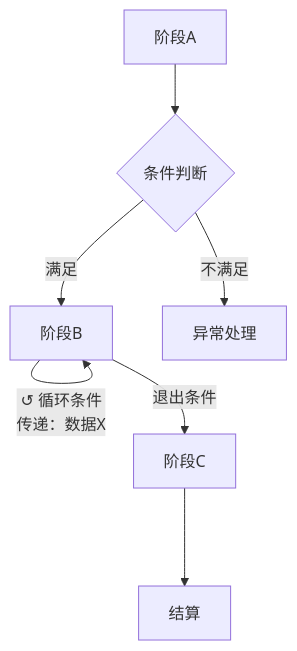
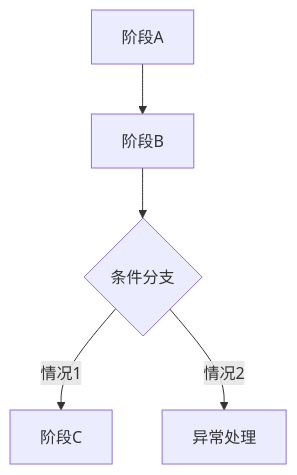
One commit to jeff931746-creator/Codex changed the diagram in reference/部门标准/策划/gdd/GDD输出模板.md. Above: the diagram before and after it, drawn with Mermaid. The commit also changed other lines of this file and 5 other files, not shown here.

````diff
--- a/reference/部门标准/策划/gdd/GDD输出模板.md
+++ b/reference/部门标准/策划/gdd/GDD输出模板.md
@@ -20,9 +26,7 @@
 ```mermaid
 flowchart TD
-    A[阶段A] --> B{条件判断}
-    B -- 满足 --> C[阶段B]
-    B -- 不满足 --> Z[异常处理]
-    C -->|"↺ 循环条件\n传递：数据X"| C
-    C -->|退出条件| D[阶段C]
-    D --> E[结算]
+    A[阶段A] --> B[阶段B]
+    B --> C{条件分支}
+    C -- 情况1 --> D[阶段C]
+    C -- 情况2 --> E[异常处理]
 ```
````
